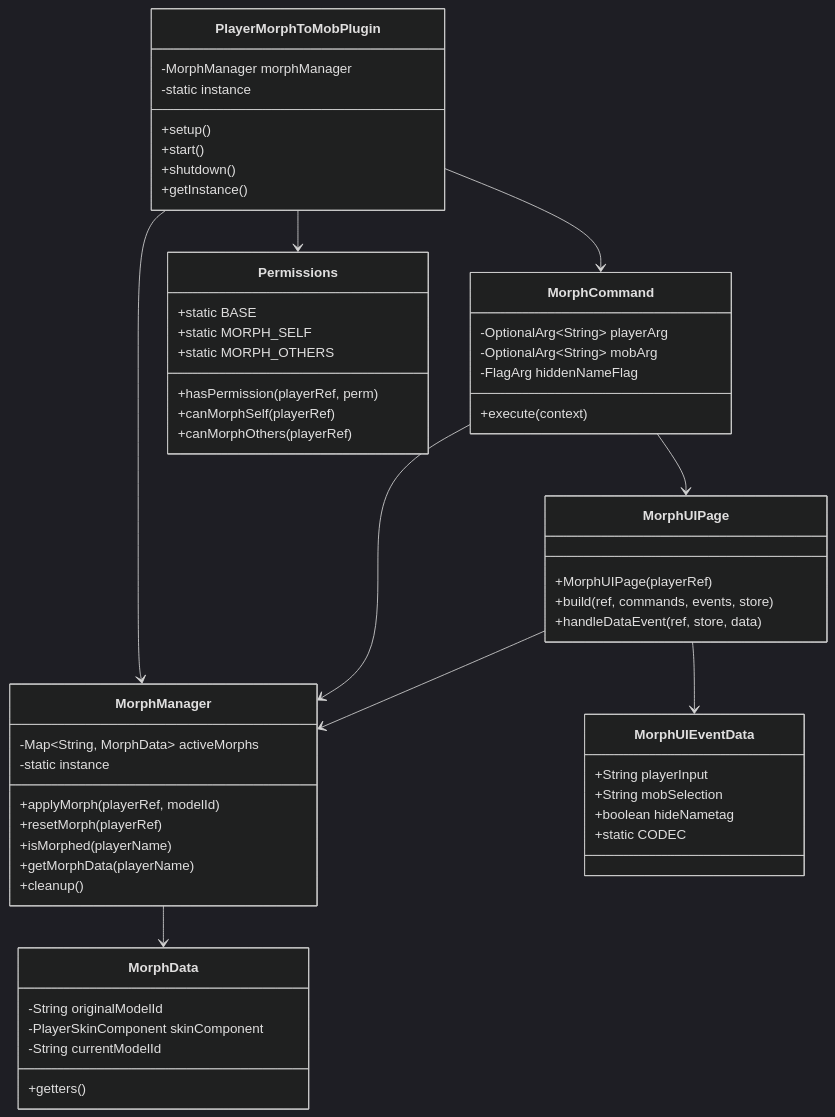
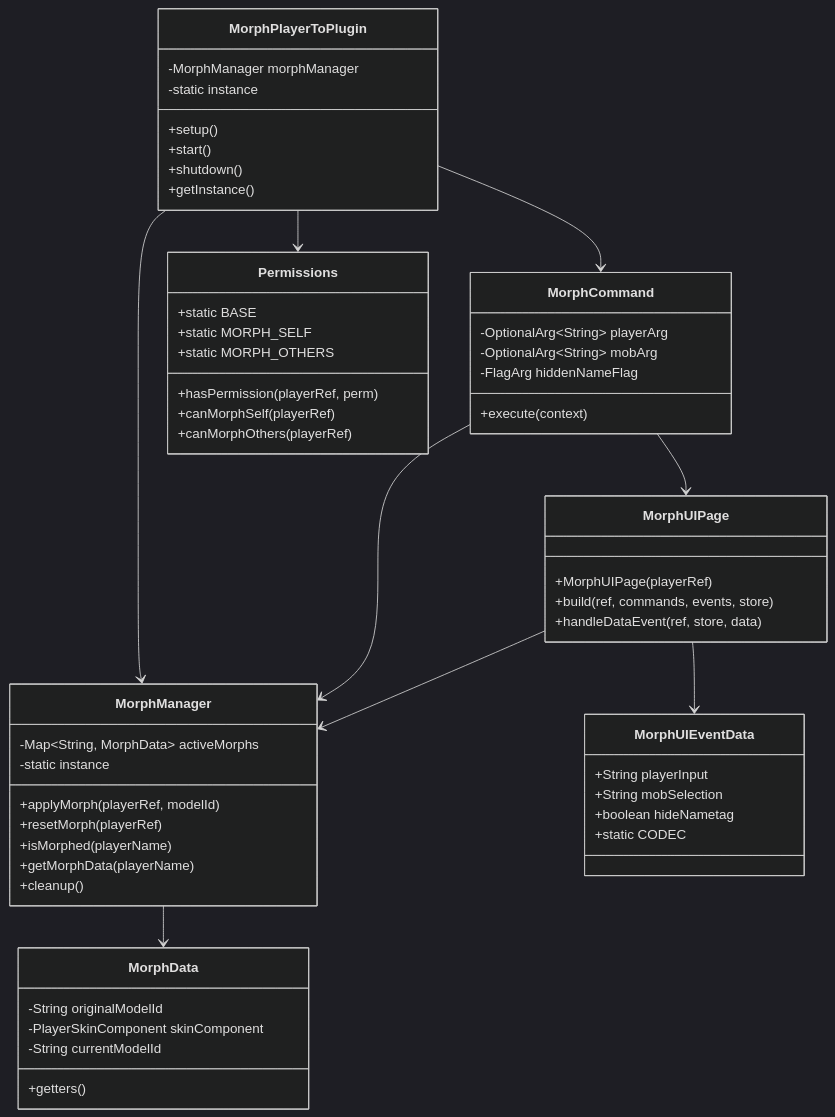
The second of 10 diagrams in .claude/docs/architecture.md (gorduan/Heytale-PlayerMorph), drawn with Mermaid (dark theme) before and after one commit. The commit also changed other lines of this file and 25 other files, not shown here.

First line of the commit message:
refactor!: rename project from PlayerMorphToMob to MorphPlayerTo

````diff
--- a/.claude/docs/architecture.md
+++ b/.claude/docs/architecture.md
@@ -33,66 +33,66 @@
 ```mermaid
 classDiagram
-    class PlayerMorphToMobPlugin {
+    class MorphPlayerToPlugin {
         -MorphManager morphManager
         -static instance
         +setup()
         +start()
         +shutdown()
         +getInstance()
     }
 
     class MorphManager {
         -Map~String, MorphData~ activeMorphs
         -static instance
         +applyMorph(playerRef, modelId)
         +resetMorph(playerRef)
         +isMorphed(playerName)
         +getMorphData(playerName)
         +cleanup()
     }
 
     class MorphData {
         -String originalModelId
         -PlayerSkinComponent skinComponent
         -String currentModelId
         +getters()
     }
 
     class MorphCommand {
         -OptionalArg~String~ playerArg
         -OptionalArg~String~ mobArg
         -FlagArg hiddenNameFlag
         +execute(context)
     }
 
     class MorphUIPage {
         +MorphUIPage(playerRef)
         +build(ref, commands, events, store)
         +handleDataEvent(ref, store, data)
     }
 
     class MorphUIEventData {
         +String playerInput
         +String mobSelection
         +boolean hideNametag
         +static CODEC
     }
 
     class Permissions {
         +static BASE
         +static MORPH_SELF
         +static MORPH_OTHERS
         +hasPermission(playerRef, perm)
         +canMorphSelf(playerRef)
         +canMorphOthers(playerRef)
     }
 
-    PlayerMorphToMobPlugin --> MorphManager
-    PlayerMorphToMobPlugin --> MorphCommand
-    PlayerMorphToMobPlugin --> Permissions
+    MorphPlayerToPlugin --> MorphManager
+    MorphPlayerToPlugin --> MorphCommand
+    MorphPlayerToPlugin --> Permissions
     MorphCommand --> MorphManager
     MorphCommand --> MorphUIPage
     MorphUIPage --> MorphUIEventData
     MorphUIPage --> MorphManager
     MorphManager --> MorphData
 ```
````
